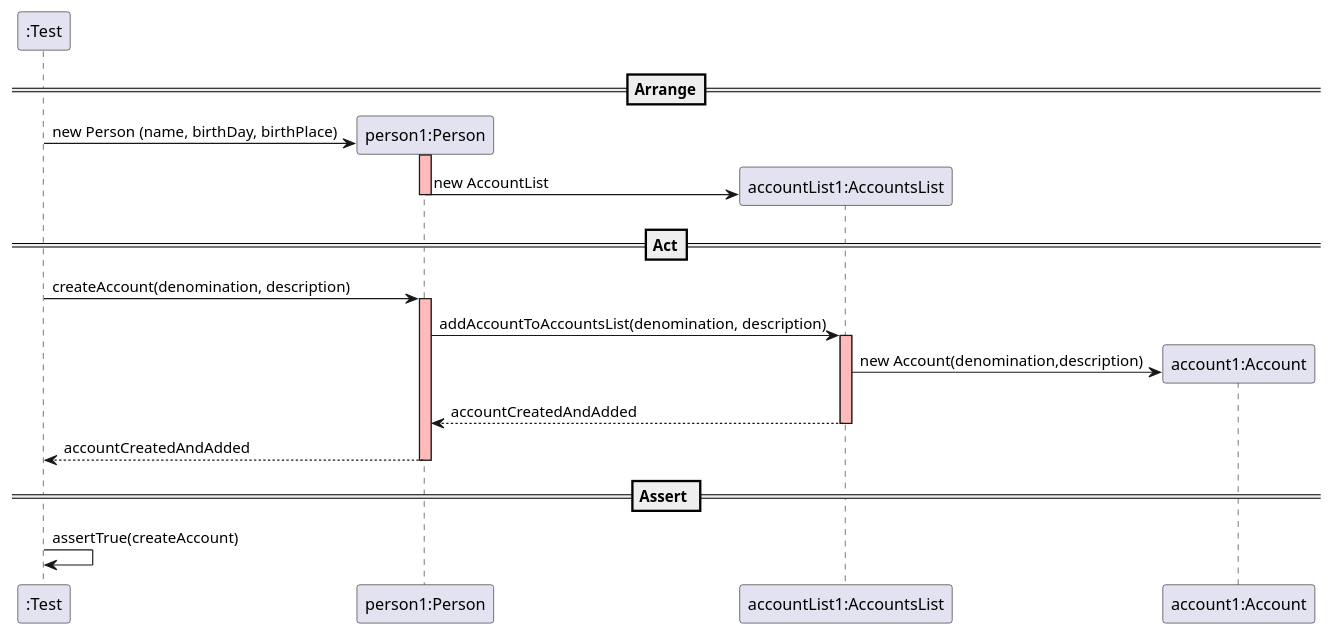
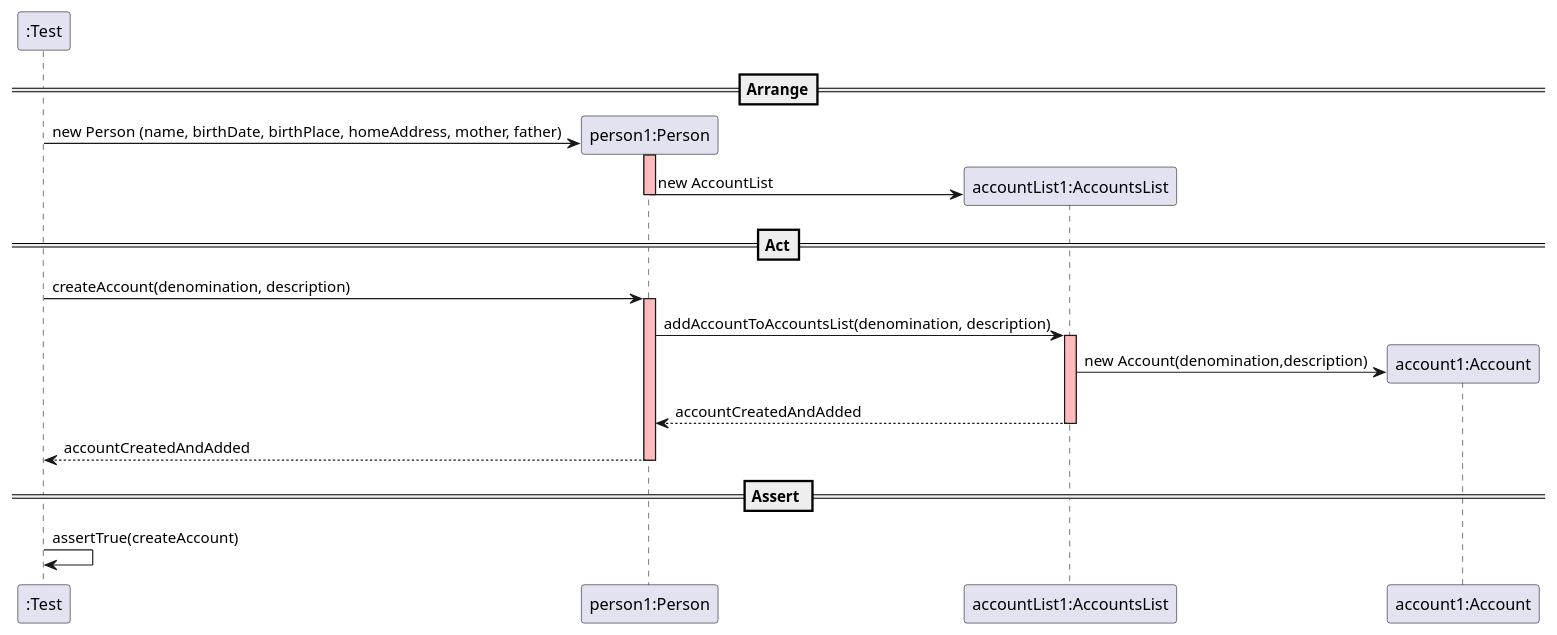
The diagram in docs/SequenceDiagram - US006.puml (mleitaoribeiro/DevOpsMaven), drawn with PlantUML before and after one commit. The commit also changed 2 other files, not shown here.

Commit message:
fix #393 update sequence diagram

```diff
--- a/docs/SequenceDiagram - US006.puml
+++ b/docs/SequenceDiagram - US006.puml
@@ -1,34 +1,34 @@
 @startuml
 create ":Test"
 
 ==Arrange==
 
 create "person1:Person"
-":Test" -> "person1:Person" : new Person (name, birthDay, birthPlace)
+":Test" -> "person1:Person" : new Person (name, birthDate, birthPlace, homeAddress, mother, father)
 activate "person1:Person" #FFBBBB
 
 create "accountList1:AccountsList"
 "person1:Person" -> "accountList1:AccountsList" : new AccountList
 deactivate "person1:Person" #FFBBBB
 
 
 ==Act==
 ":Test" -> "person1:Person" : createAccount(denomination, description)
 activate "person1:Person" #FFBBBB
 
 "person1:Person" -> "accountList1:AccountsList" : addAccountToAccountsList(denomination, description)
 activate "accountList1:AccountsList" #FFBBBB
 
 create "account1:Account"
 "accountList1:AccountsList" -> "account1:Account" : new Account(denomination,description)
 
 "accountList1:AccountsList" --> "person1:Person" : accountCreatedAndAdded
 deactivate "accountList1:AccountsList" #FFBBBB
 
 "person1:Person" --> ":Test" : accountCreatedAndAdded
 deactivate "person1:Person" #FFBBBB
 
 == Assert ==
 
 ":Test" -> ":Test" : assertTrue(createAccount)
 @enduml
```
